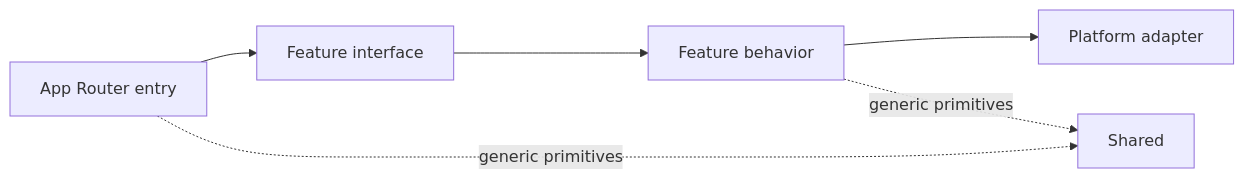
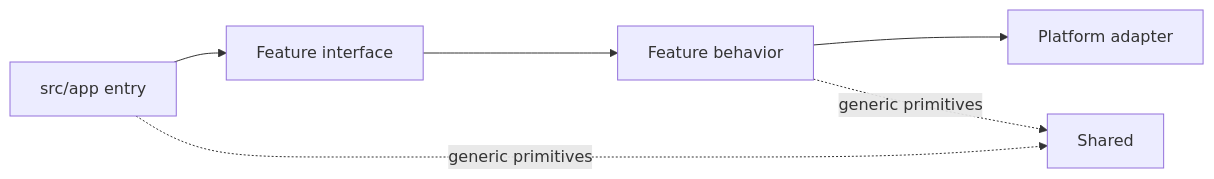
Before and after one commit to ishk-sftckz/RFAStack: the second of 2 diagrams in docs/background.md, drawn with Mermaid. The commit also changed other lines of this file and 15 other files, not shown here.

````diff
--- a/docs/background.md
+++ b/docs/background.md
@@ -91,8 +91,8 @@
 ```mermaid
 flowchart LR
-  Entry[App Router entry] --> Contract[Feature interface]
+  Entry[src/app entry] --> Contract[Feature interface]
   Contract --> Behavior[Feature behavior]
   Behavior --> Adapter[Platform adapter]
   Entry -. generic primitives .-> Shared[Shared]
   Behavior -. generic primitives .-> Shared
 ```
````
